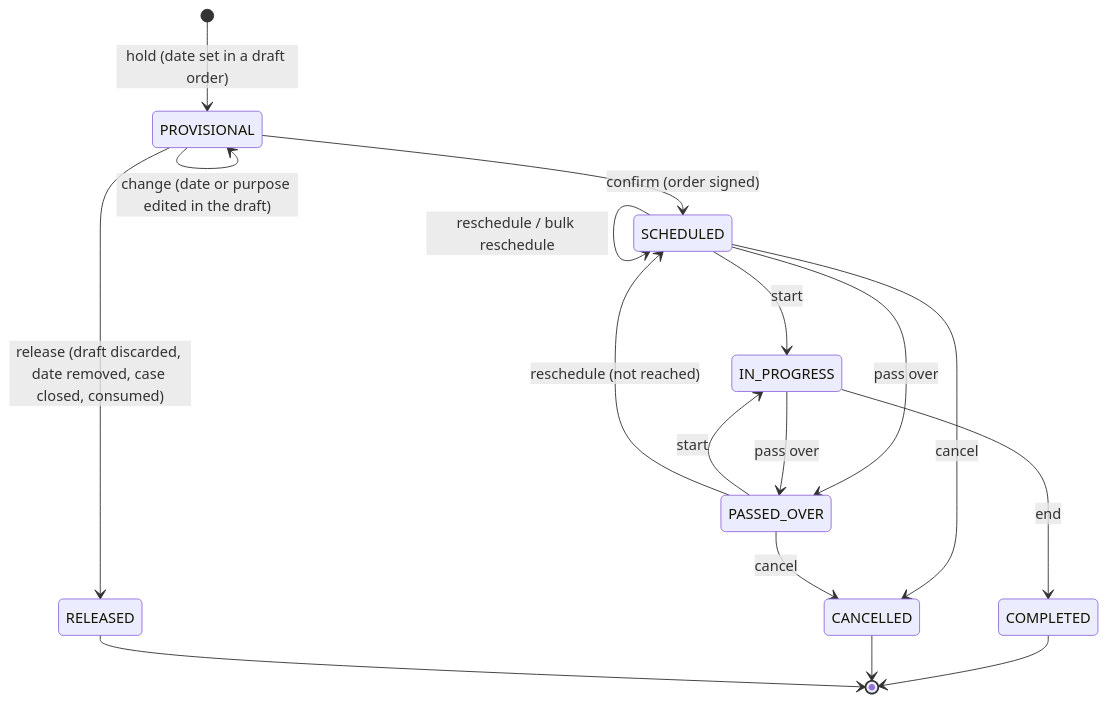
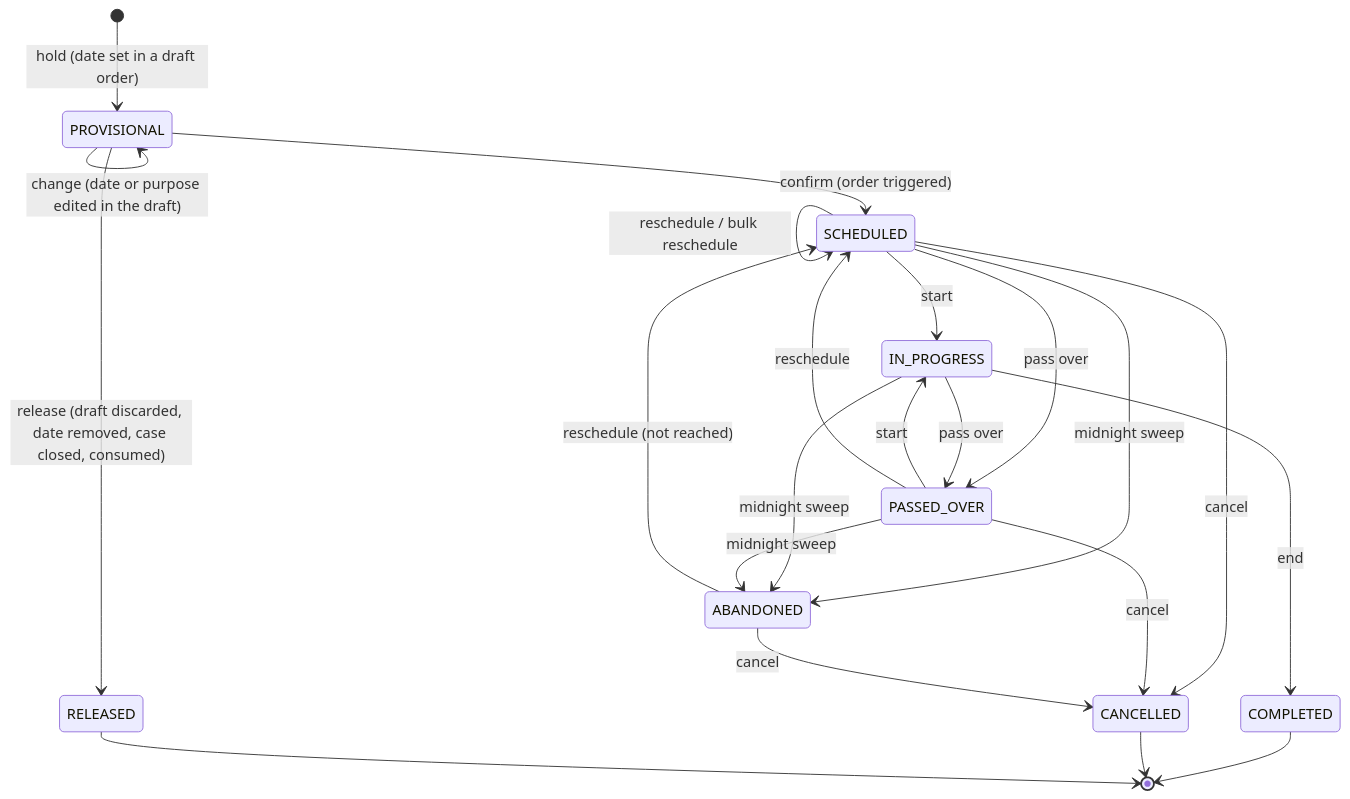
The second of 3 diagrams in spec/0023-hearings.md (pucardotorg/dristi-be), drawn with Mermaid before and after one commit. The commit also changed other lines of this file and 1 other file, not shown here.

````diff
--- a/spec/0023-hearings.md
+++ b/spec/0023-hearings.md
@@ -446,19 +474,24 @@
 ```mermaid
 stateDiagram-v2
     [*] --> PROVISIONAL: hold (date set in a draft order)
     PROVISIONAL --> PROVISIONAL: change (date or purpose edited in the draft)
-    PROVISIONAL --> SCHEDULED: confirm (order signed)
+    PROVISIONAL --> SCHEDULED: confirm (order triggered)
     PROVISIONAL --> RELEASED: release (draft discarded, date removed, case closed, consumed)
     SCHEDULED --> SCHEDULED: reschedule / bulk reschedule
     SCHEDULED --> IN_PROGRESS: start
     SCHEDULED --> PASSED_OVER: pass over
     PASSED_OVER --> IN_PROGRESS: start
-    PASSED_OVER --> SCHEDULED: reschedule (not reached)
     IN_PROGRESS --> PASSED_OVER: pass over
     IN_PROGRESS --> COMPLETED: end
+    SCHEDULED --> ABANDONED: midnight sweep
+    IN_PROGRESS --> ABANDONED: midnight sweep
+    PASSED_OVER --> ABANDONED: midnight sweep
+    PASSED_OVER --> SCHEDULED: reschedule
+    ABANDONED --> SCHEDULED: reschedule (not reached)
     SCHEDULED --> CANCELLED: cancel
     PASSED_OVER --> CANCELLED: cancel
+    ABANDONED --> CANCELLED: cancel
     COMPLETED --> [*]
     CANCELLED --> [*]
     RELEASED --> [*]
 ```
````
